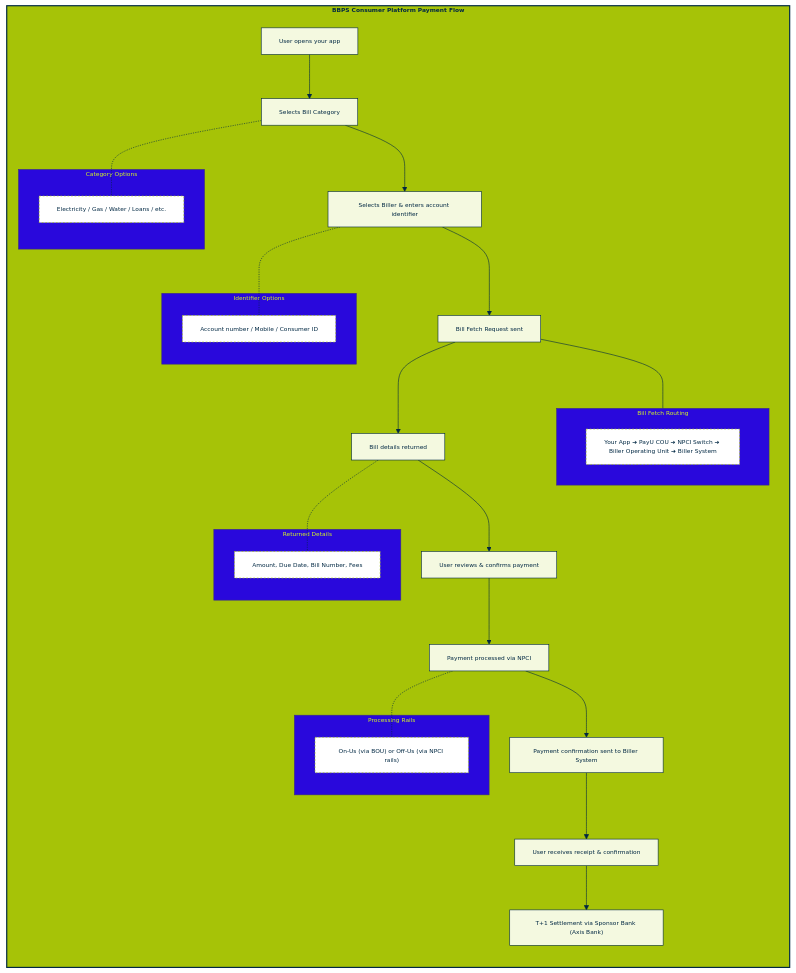
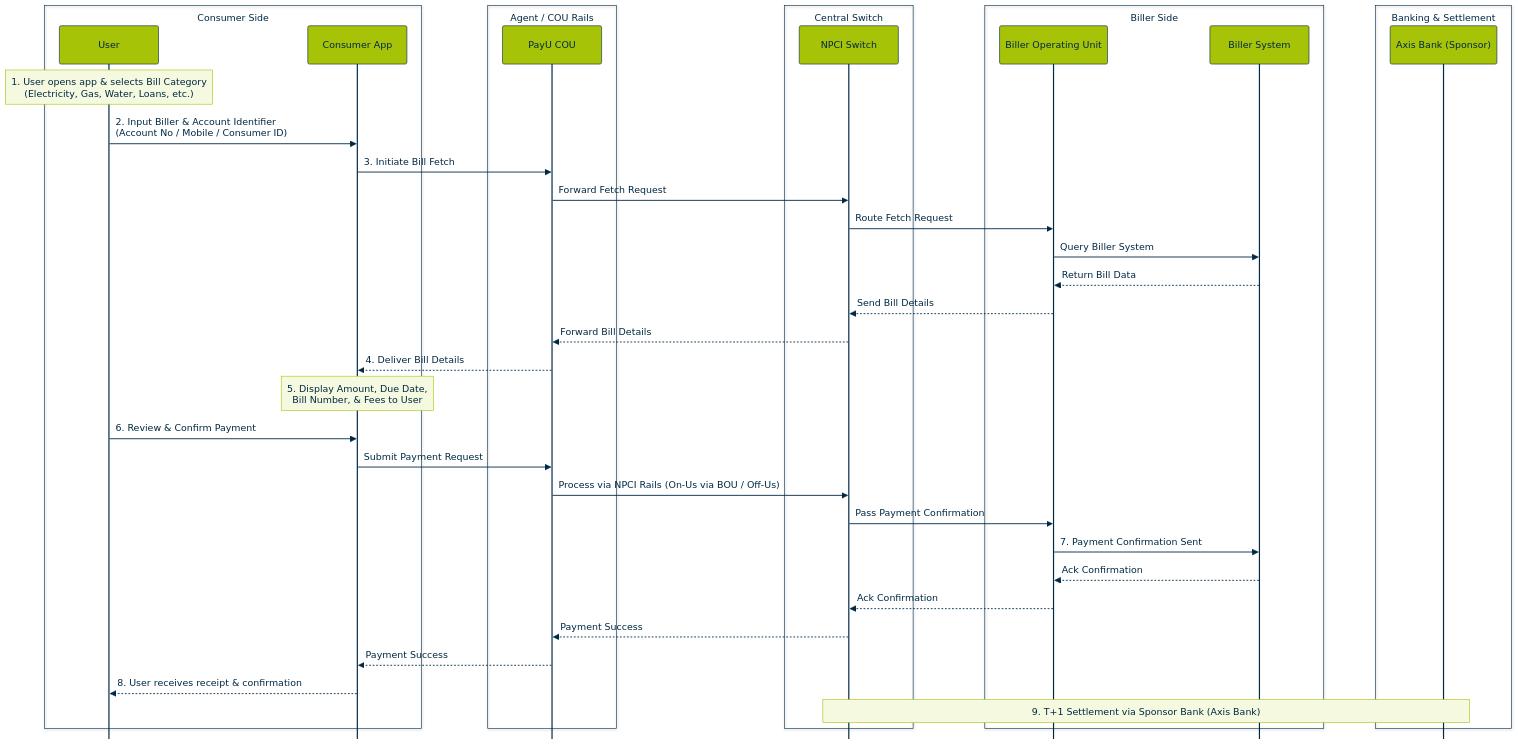
The diagram in docs/BBPS/payu-bbps-for-consumer-platforms.md (payu-india/CMS-Chatbot), drawn with Mermaid before and after one commit. The commit also changed other lines of this file, not shown here.

Commit message:
Update doc `payu-bbps-for-consumer-platforms`

````diff
--- a/docs/BBPS/payu-bbps-for-consumer-platforms.md
+++ b/docs/BBPS/payu-bbps-for-consumer-platforms.md
@@ -95,9 +96,19 @@
 ```mermaid
 %%{init: {
   "theme": "base",
-  "flowchart": {
-    "curve": "basis",
-    "padding": 15
+  "sequence": {
+    "mirrorActors": false,
+    "rightAngles": true,
+    "messageAlign": "left",
+    "fontSize": 10,
+    "actorFontSize": 10,
+    "noteFontSize": 10,
+    "actorMargin": 88,
+    "width": 168,
+    "boxMargin": 10,
+    "messageMargin": 38,
+    "diagramMarginX": 60,
+    "diagramMarginY": 18
   },
   "themeVariables": {
     "fontFamily": "Arial, Helvetica, sans-serif",
@@ -108,59 +119,68 @@
     "primaryBorderColor": "#002843",
     "secondaryColor": "#F4F9E0",
     "lineColor": "#002843",
-    "textColor": "#002843"
+    "textColor": "#002843",
+    "actorBkg": "#A6C307",
+    "actorBorder": "#002843",
+    "actorTextColor": "#002843",
+    "actorLineColor": "#002843",
+    "signalColor": "#002843",
+    "signalTextColor": "#002843",
+    "labelBoxBkgColor": "#F4F9E0",
+    "labelBoxBorderColor": "#A6C307",
+    "noteBkgColor": "#F4F9E0",
+    "noteTextColor": "#002843",
+    "noteBorderColor": "#A6C307",
+    "activationBkgColor": "#E8F0C4",
+    "activationBorderColor": "#002843"
   }
 }}%%
-flowchart TD
-    subgraph TitleBox ["BBPS Consumer Platform Payment Flow"]
-        direction TD
-        
-        A["User opens your app"] --> B["Selects Bill Category"]
-        
-        subgraph CatNote ["Category Options"]
-            B1["Electricity / Gas / Water / Loans / etc."]
-        end
-        B -.- B1
-
-        B --> C["Selects Biller & enters account identifier"]
-        
-        subgraph IdNote ["Identifier Options"]
-            C1["Account number / Mobile / Consumer ID"]
-        end
-        C -.- C1
-
-        C --> D["Bill Fetch Request sent"]
-
-        subgraph FetchPath ["Bill Fetch Routing"]
-            D1["Your App ➔ PayU COU ➔ NPCI Switch ➔ Biller Operating Unit ➔ Biller System"]
-        end
-        D --- FetchPath
-
-        D --> E["Bill details returned"]
-
-        subgraph DetailsNote ["Returned Details"]
-            E1["Amount, Due Date, Bill Number, Fees"]
-        end
-        E -.- E1
-
-        E --> F["User reviews & confirms payment"]
-        F --> G["Payment processed via NPCI"]
-
-        subgraph ProcessNote ["Processing Rails"]
-            G1["On-Us (via BOU) or Off-Us (via NPCI rails)"]
-        end
-        G -.- G1
-
-        G --> H["Payment confirmation sent to Biller System"]
-        H --> I["User receives receipt & confirmation"]
-        I --> J["T+1 Settlement via Sponsor Bank (Axis Bank)"]
+sequenceDiagram
+    box Consumer Side
+        participant User
+        participant App as Consumer App
+    end
+    box Agent / COU Rails
+        participant PayU as PayU COU
+    end
+    box Central Switch
+        participant NPCI as NPCI Switch
+    end
+    box Biller Side
+        participant BOU as Biller Operating Unit
+        participant Biller as Biller System
+    end
+    box Banking & Settlement
+        participant Sponsor as Axis Bank (Sponsor)
     end
 
-    classDef default fill:#F4F9E0,stroke:#002843,stroke-width:1px,color:#002843;
-    classDef titleStyle fill:#A6C307,stroke:#002843,stroke-width:2px,color:#002843,font-weight:bold;
-    classDef noteStyle fill:#FFFFFF,stroke:#A6C307,stroke-width:1px,stroke-dasharray: 3 3,color:#002843;
+    Note over User: 1. User opens app & selects Bill Category<br/>(Electricity, Gas, Water, Loans, etc.)
 
-    class A,B,C,D,E,F,G,H,I,J default;
-    class TitleBox titleStyle;
-    class B1,C1,D1,E1,G1 noteStyle;
+    User->>App: 2. Input Biller & Account Identifier<br/>(Account No / Mobile / Consumer ID)
+    
+    App->>PayU: 3. Initiate Bill Fetch
+    PayU->>NPCI: Forward Fetch Request
+    NPCI->>BOU: Route Fetch Request
+    BOU->>Biller: Query Biller System
+    
+    Biller-->>BOU: Return Bill Data
+    BOU-->>NPCI: Send Bill Details
+    NPCI-->>PayU: Forward Bill Details
+    PayU-->>App: 4. Deliver Bill Details
+    
+    Note over App: 5. Display Amount, Due Date,<br/>Bill Number, & Fees to User
+
+    User->>App: 6. Review & Confirm Payment
+    App->>PayU: Submit Payment Request
+    PayU->>NPCI: Process via NPCI Rails (On-Us via BOU / Off-Us)
+    NPCI->>BOU: Pass Payment Confirmation
+    BOU->>Biller: 7. Payment Confirmation Sent
+    
+    Biller-->>BOU: Ack Confirmation
+    BOU-->>NPCI: Ack Confirmation
+    NPCI-->>PayU: Payment Success
+    PayU-->>App: Payment Success
+    App-->>User: 8. User receives receipt & confirmation
+
+    Note over NPCI, Sponsor: 9. T+1 Settlement via Sponsor Bank (Axis Bank)
 ```
````
